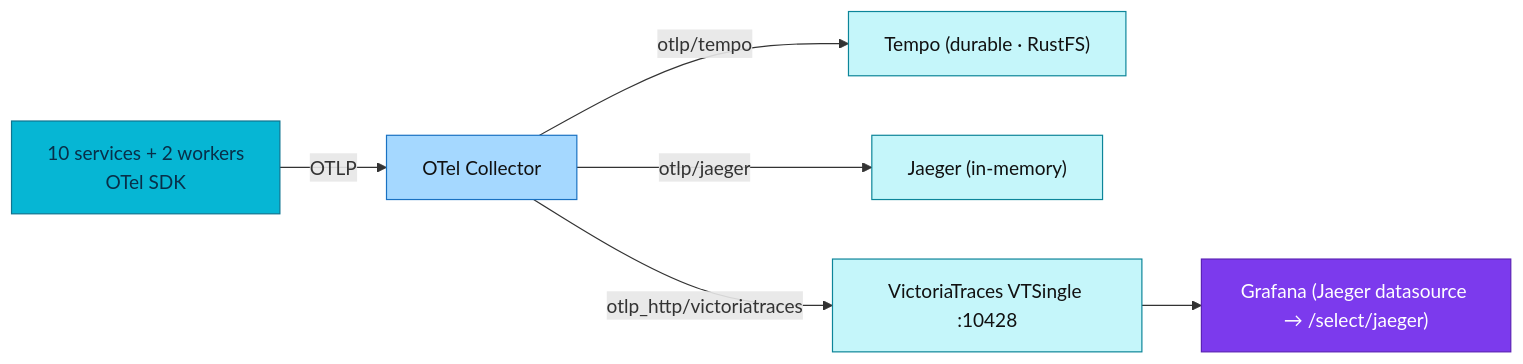
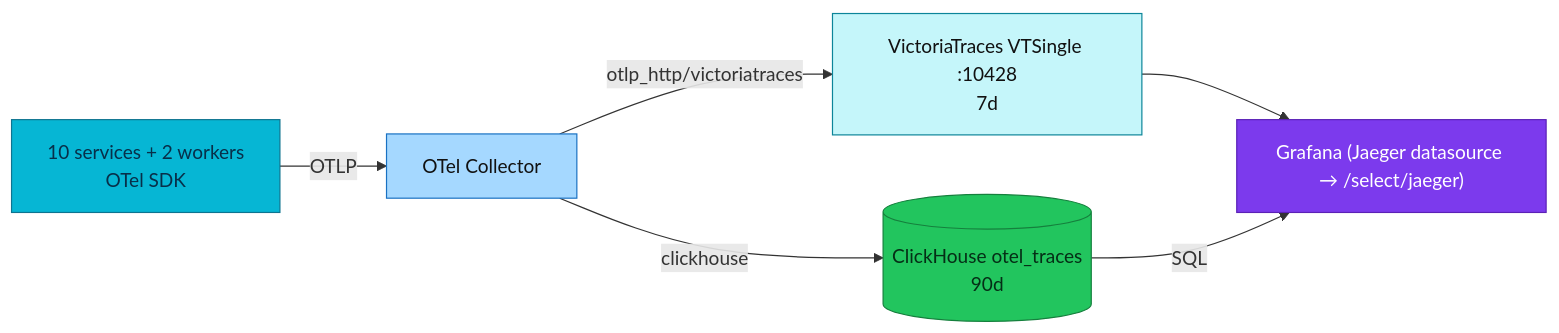
One commit to duynhlab/homelab changed the diagram in docs/observability/tracing/victoriatraces.md. Above: the diagram before and after it, drawn with Mermaid. The commit also changed other lines of this file and 57 other files, not shown here.

````diff
--- a/docs/observability/tracing/victoriatraces.md
+++ b/docs/observability/tracing/victoriatraces.md
@@ -17,16 +21,18 @@
 ```mermaid
 flowchart LR
   Apps["10 services + 2 workers<br/>OTel SDK"] -->|OTLP| OC["OTel Collector"]
-  OC -->|otlp/tempo| T["Tempo (durable · RustFS)"]
-  OC -->|otlp/jaeger| J["Jaeger (in-memory)"]
-  OC -->|otlp_http/victoriatraces| V["VictoriaTraces VTSingle :10428"]
+  OC -->|otlp_http/victoriatraces| V["VictoriaTraces VTSingle :10428<br/>7d"]
+  OC -->|clickhouse| CH[("ClickHouse otel_traces<br/>90d")]
   V --> G["Grafana (Jaeger datasource → /select/jaeger)"]
+  CH -->|SQL| G
   classDef service fill:#06b6d4,color:#082f49,stroke:#0e7490;
   classDef trace fill:#c5f6fa,color:#111,stroke:#0c8599;
   classDef collector fill:#a5d8ff,color:#111,stroke:#1971c2;
   classDef platform fill:#7c3aed,color:#fff,stroke:#5b21b6;
+  classDef data fill:#22c55e,color:#052e16,stroke:#15803d;
   class Apps service;
   class OC collector;
-  class T,J,V trace;
+  class V trace;
+  class CH data;
   class G platform;
 ```
````
